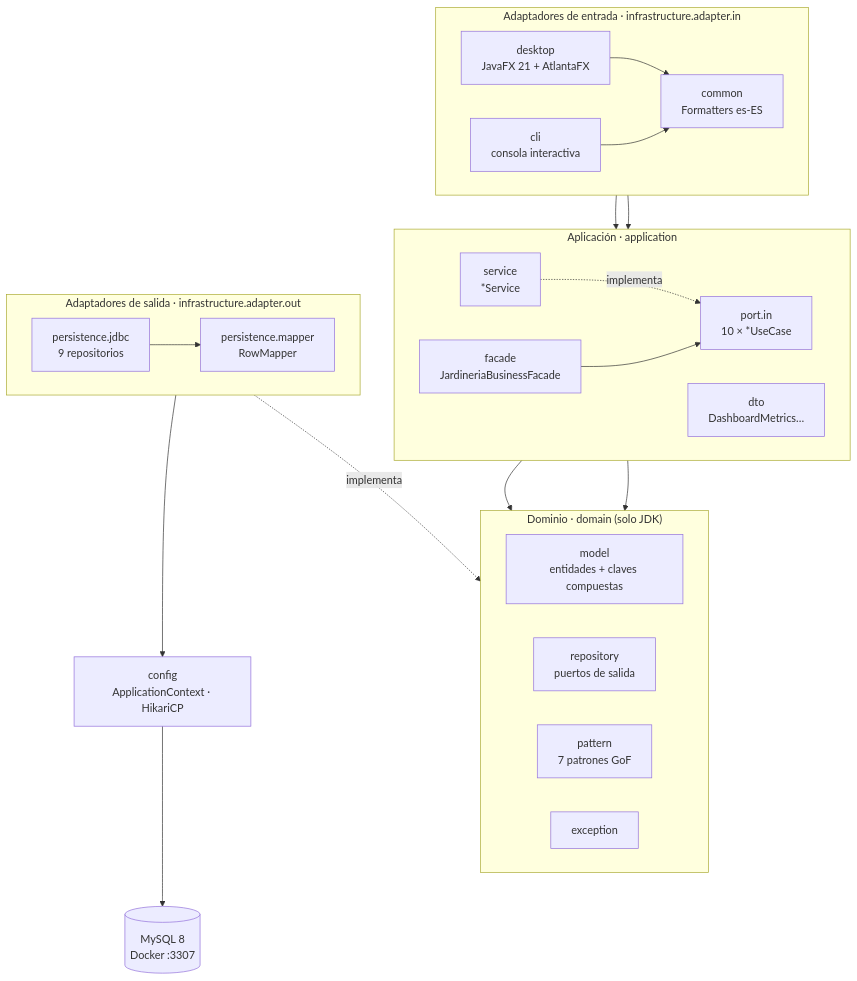
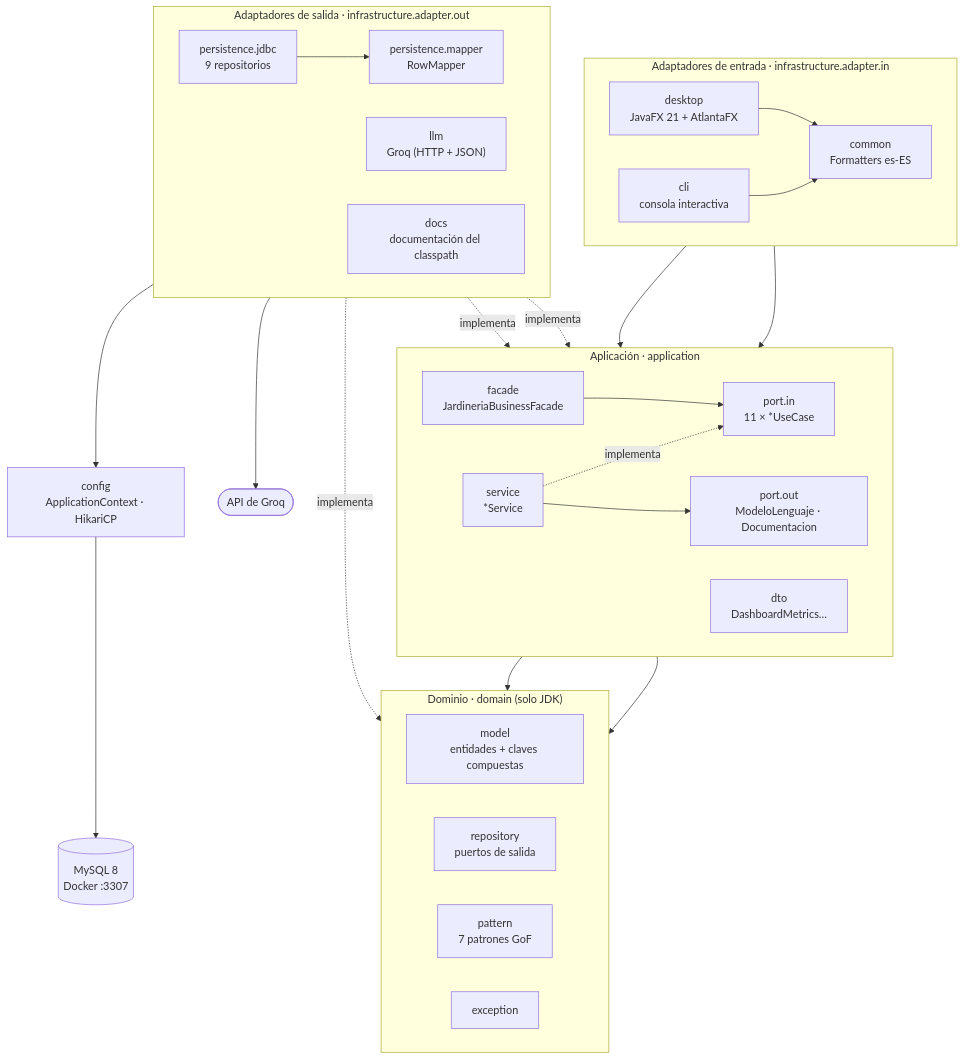
The first of 5 diagrams in docs/ARQUITECTURA.md (DEIMER-PY/gestion-db-jardineria), drawn with Mermaid before and after one commit. The commit also changed other lines of this file and 8 other files, not shown here.

````diff
--- a/docs/ARQUITECTURA.md
+++ b/docs/ARQUITECTURA.md
@@ -7,42 +7,50 @@
 ```mermaid
 flowchart TB
     subgraph IN["Adaptadores de entrada · infrastructure.adapter.in"]
         direction LR
         GUI["desktop<br/>JavaFX 21 + AtlantaFX"]
         CLI["cli<br/>consola interactiva"]
         COMMON["common<br/>Formatters es-ES"]
     end
     subgraph APP["Aplicación · application"]
         direction LR
-        PIN["port.in<br/>10 × *UseCase"]
+        PIN["port.in<br/>11 × *UseCase"]
+        POUT["port.out<br/>ModeloLenguaje · Documentacion"]
         SVC["service<br/>*Service"]
         FAC["facade<br/>JardineriaBusinessFacade"]
         DTO["dto<br/>DashboardMetrics…"]
     end
     subgraph DOM["Dominio · domain (solo JDK)"]
         direction LR
         MOD["model<br/>entidades + claves compuestas"]
         REPO["repository<br/>puertos de salida"]
         PAT["pattern<br/>7 patrones GoF"]
         EXC["exception"]
     end
     subgraph OUT["Adaptadores de salida · infrastructure.adapter.out"]
         direction LR
         JDBC["persistence.jdbc<br/>9 repositorios"]
         MAP["persistence.mapper<br/>RowMapper"]
+        LLM["llm<br/>Groq (HTTP + JSON)"]
+        DOCS["docs<br/>documentación del classpath"]
     end
+    GROQ(["API de Groq"])
     CFG["config<br/>ApplicationContext · HikariCP"]
     DB[("MySQL 8<br/>Docker :3307")]
 
     GUI --> PIN
     CLI --> PIN
     GUI --> COMMON
     CLI --> COMMON
     SVC -. implementa .-> PIN
     FAC --> PIN
     SVC --> REPO
     SVC --> MOD
     JDBC -. implementa .-> REPO
     JDBC --> MAP
     JDBC --> CFG --> DB
+    SVC --> POUT
+    LLM -. implementa .-> POUT
+    DOCS -. implementa .-> POUT
+    LLM --> GROQ
 ```
````
